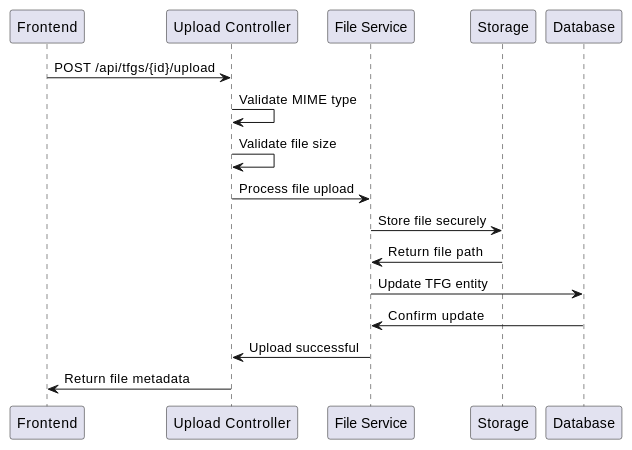
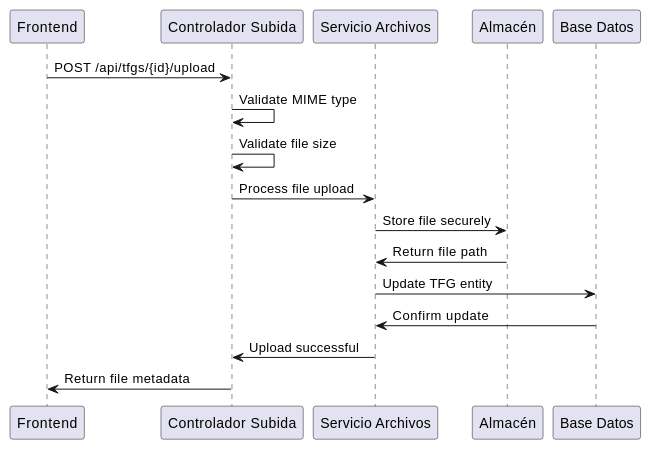
Before and after one commit to JuanmaCenteno/PlataformaTFG: the third of 5 diagrams in docs/05_diseno.md, drawn with PlantUML. The commit also changed other lines of this file and 4 other files, not shown here.

````diff
--- a/docs/05_diseno.md
+++ b/docs/05_diseno.md
@@ -341,20 +341,20 @@
 ```plantuml
 @startuml
 participant "Frontend" as FE
-participant "Upload Controller" as UC
-participant "File Service" as FS
-participant "Storage" as ST
-participant "Database" as DB
+participant "Controlador Subida" as UC
+participant "Servicio Archivos" as FS
+participant "Almacén" as ST
+participant "Base Datos" as DB
 
 FE -> UC: POST /api/tfgs/{id}/upload
 UC -> UC: Validate MIME type
 UC -> UC: Validate file size
 UC -> FS: Process file upload
 FS -> ST: Store file securely
 ST -> FS: Return file path
 FS -> DB: Update TFG entity
 DB -> FS: Confirm update
 FS -> UC: Upload successful
 UC -> FE: Return file metadata
 @enduml
 ```
````
